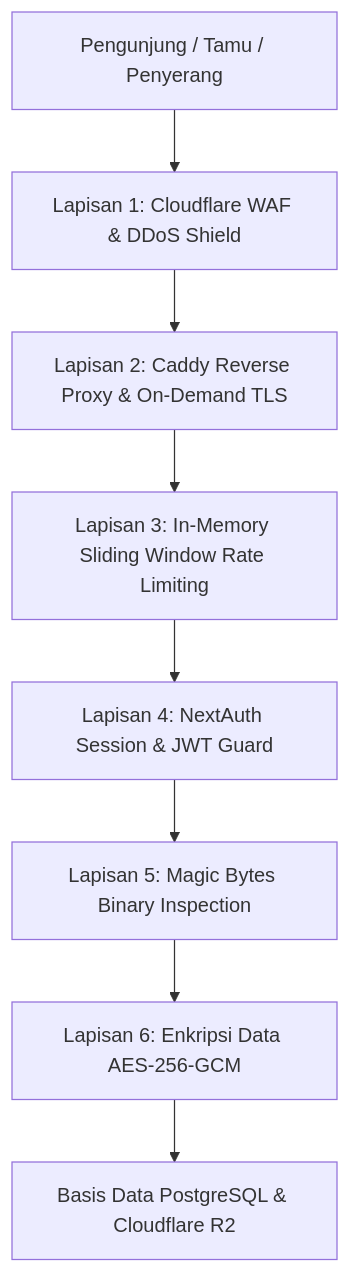
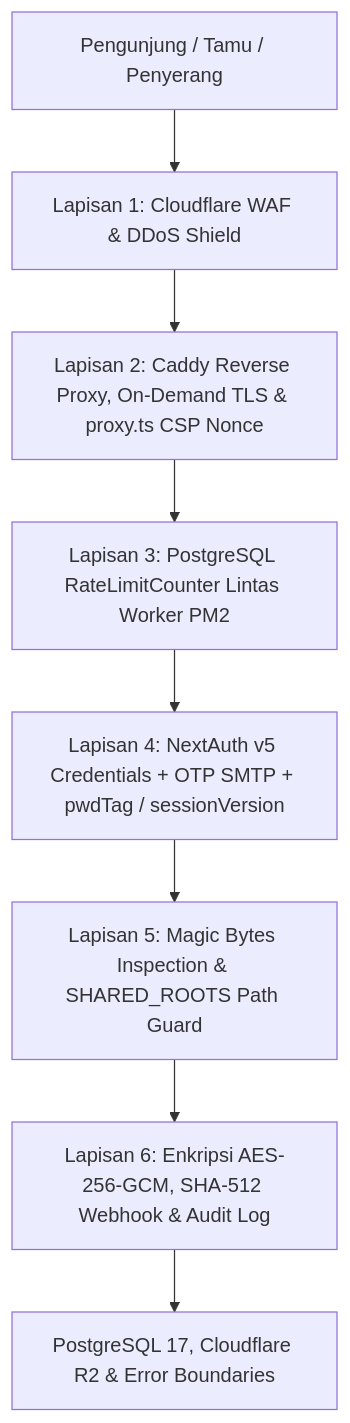
The diagram in docs/SECURITY_DAN_PROTEKSI_DATA.md (armansyam/luxenary-invite), drawn with Mermaid before and after one commit. The commit also changed other lines of this file and 34 other files, not shown here.

````diff
--- a/docs/SECURITY_DAN_PROTEKSI_DATA.md
+++ b/docs/SECURITY_DAN_PROTEKSI_DATA.md
@@ -10,10 +10,10 @@
 ```mermaid
 flowchart TD
     A[Pengunjung / Tamu / Penyerang] --> B[Lapisan 1: Cloudflare WAF & DDoS Shield]
-    B --> C[Lapisan 2: Caddy Reverse Proxy & On-Demand TLS]
-    C --> D[Lapisan 3: In-Memory Sliding Window Rate Limiting]
-    D --> E[Lapisan 4: NextAuth Session & JWT Guard]
-    E --> F[Lapisan 5: Magic Bytes Binary Inspection]
-    F --> G[Lapisan 6: Enkripsi Data AES-256-GCM]
-    G --> H[Basis Data PostgreSQL & Cloudflare R2]
+    B --> C[Lapisan 2: Caddy Reverse Proxy, On-Demand TLS & proxy.ts CSP Nonce]
+    C --> D[Lapisan 3: PostgreSQL RateLimitCounter Lintas Worker PM2]
+    D --> E[Lapisan 4: NextAuth v5 Credentials + OTP SMTP + pwdTag / sessionVersion]
+    E --> F[Lapisan 5: Magic Bytes Inspection & SHARED_ROOTS Path Guard]
+    F --> G[Lapisan 6: Enkripsi AES-256-GCM, SHA-512 Webhook & Audit Log]
+    G --> H[PostgreSQL 17, Cloudflare R2 & Error Boundaries]
 ```
````
